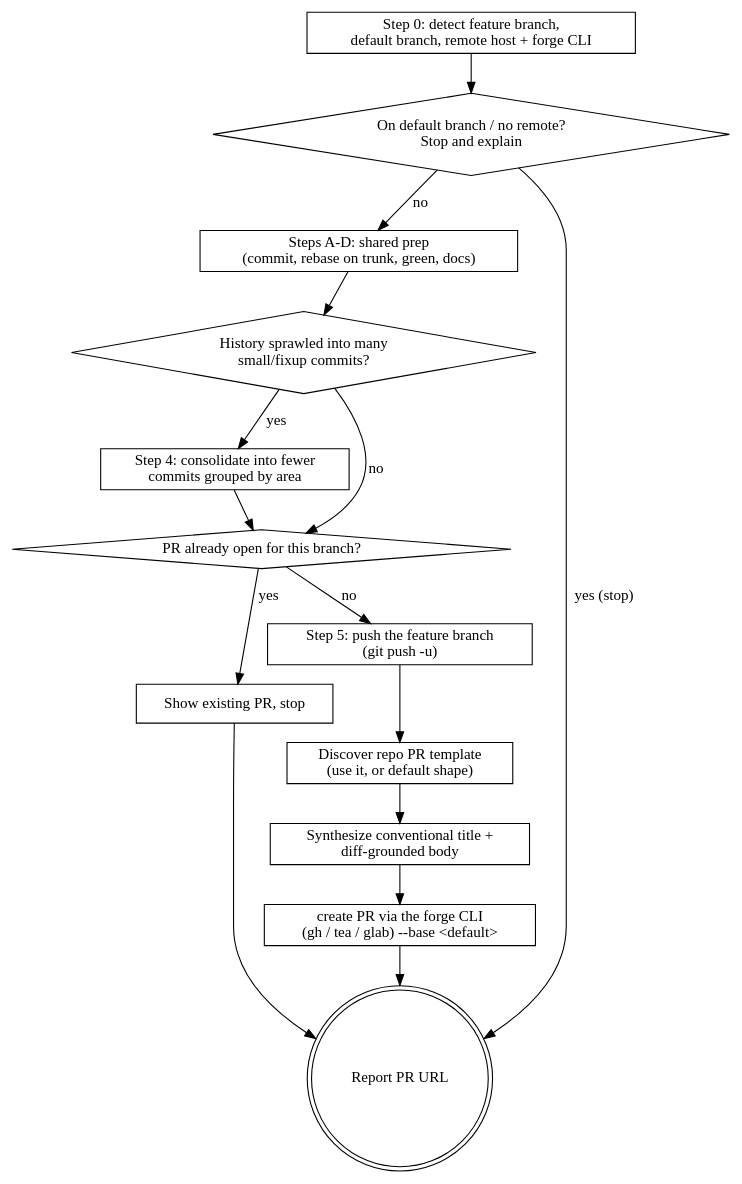
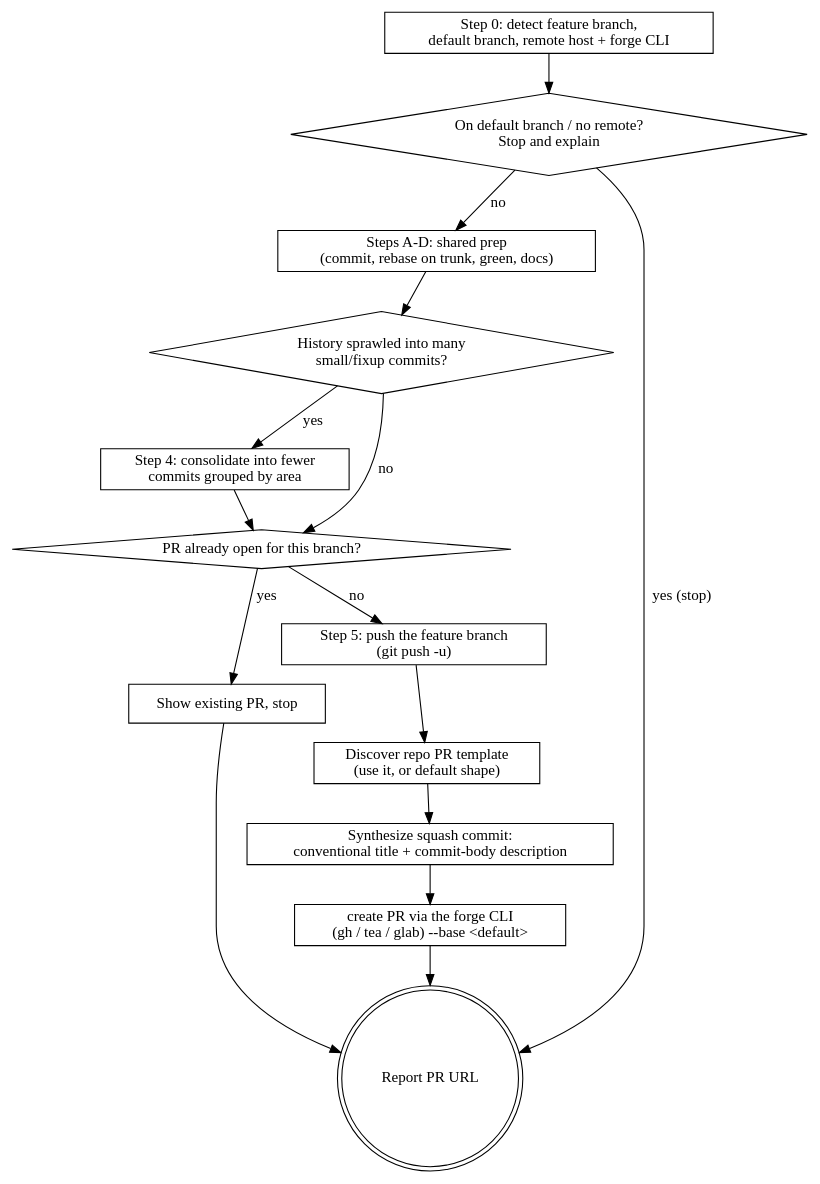
One commit to natelandau/cc-plugin changed the diagram in plugins/natelandau-toolkit/skills/pr/SKILL.md. Above: the diagram before and after it, drawn with Graphviz. The commit also changed other lines of this file, not shown here.

First line of the commit message:
feat(pr): write PR title and description as the squash commit message

````diff
--- a/plugins/natelandau-toolkit/skills/pr/SKILL.md
+++ b/plugins/natelandau-toolkit/skills/pr/SKILL.md
@@ -48,29 +64,29 @@
 ```dot
 digraph pr {
   rankdir=TB; node [shape=box];
   detect   [label="Step 0: detect feature branch,\ndefault branch, remote host + forge CLI"];
   refuse   [label="On default branch / no remote?\nStop and explain" shape=diamond];
   prep     [label="Steps A-D: shared prep\n(commit, rebase on trunk, green, docs)"];
   many     [label="History sprawled into many\nsmall/fixup commits?" shape=diamond];
   regroup   [label="Step 4: consolidate into fewer\ncommits grouped by area"];
   exists   [label="PR already open for this branch?" shape=diamond];
   show     [label="Show existing PR, stop"];
   push     [label="Step 5: push the feature branch\n(git push -u)"];
   tmpl     [label="Discover repo PR template\n(use it, or default shape)"];
-  body     [label="Synthesize conventional title +\ndiff-grounded body"];
+  body     [label="Synthesize squash commit:\nconventional title + commit-body description"];
   create   [label="create PR via the forge CLI\n(gh / tea / glab) --base <default>"];
   done     [label="Report PR URL" shape=doublecircle];
 
   detect -> refuse;
   refuse -> done [label="yes (stop)"];
   refuse -> prep [label="no"];
   prep -> many;
   many -> regroup [label="yes"];
   many -> exists [label="no"];
   regroup -> exists;
   exists -> show [label="yes"];
   show -> done;
   exists -> push [label="no"];
   push -> tmpl -> body -> create -> done;
 }
 ```
````
